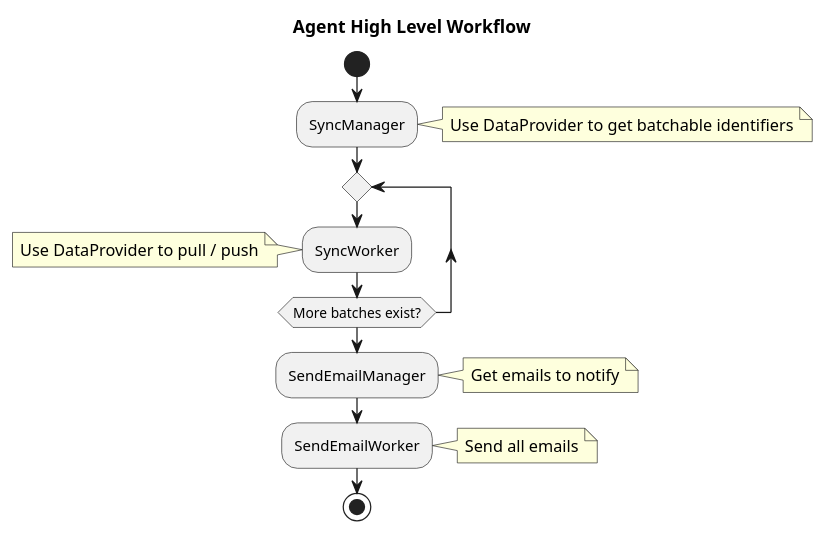
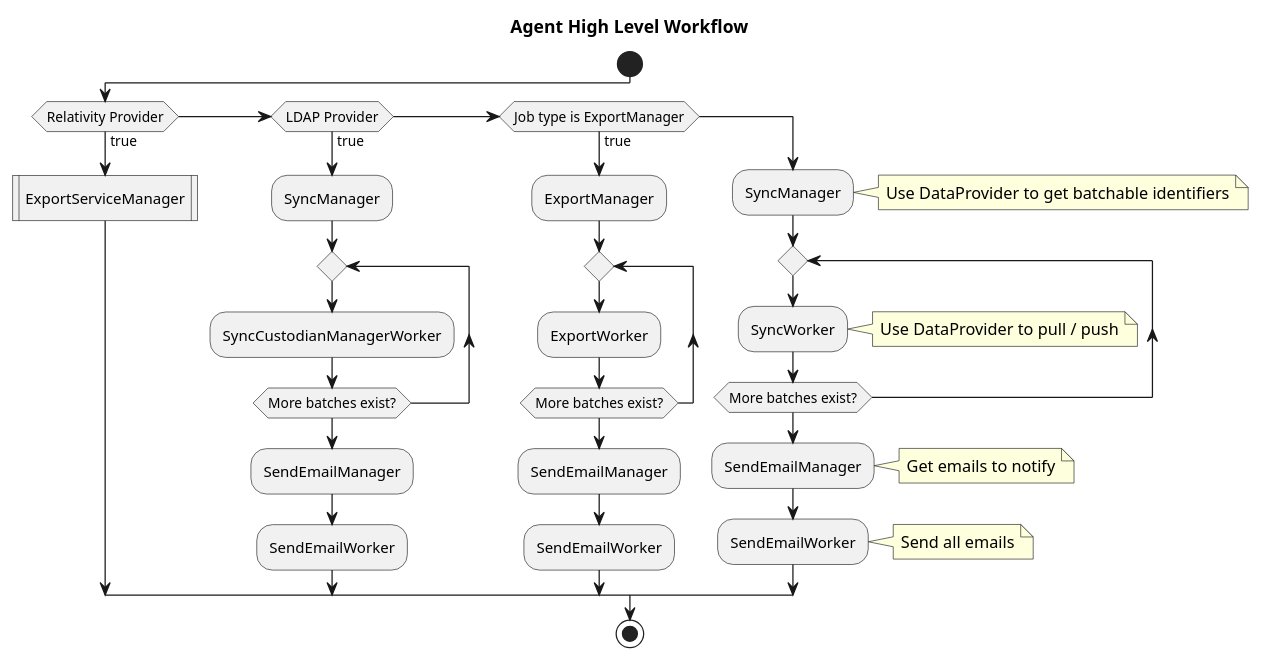
The diagram in documentation/AgentHighLevelWorkflow.pu (relativityone/server-integrationpoints-integrationpoints), drawn with PlantUML before and after one commit.

Commit message:
Updated the AgentHighLevelWorkflow diagram to include other providers.

```diff
--- a/documentation/AgentHighLevelWorkflow.pu
+++ b/documentation/AgentHighLevelWorkflow.pu
@@ -1,20 +1,38 @@
 @startuml
 
 title Agent High Level Workflow
 
 start
 
-:SyncManager;
-note right: Use DataProvider to get batchable identifiers
-repeat 
-    :SyncWorker;
-    note left: Use DataProvider to pull / push
-repeat while (More batches exist?)
-:SendEmailManager;
-note right: Get emails to notify
-:SendEmailWorker;
-note right: Send all emails
+if (Relativity Provider) then (true)
+	:ExportServiceManager|
+else if (LDAP Provider) then (true)
+	:SyncManager;
+	repeat
+		:SyncCustodianManagerWorker;
+	repeat while (More batches exist?)
+	:SendEmailManager;
+	:SendEmailWorker;
+else if (Job type is ExportManager) then (true)
+	:ExportManager;
+     repeat 
+     	:ExportWorker;
+     repeat while (More batches exist?)
+     :SendEmailManager;
+     :SendEmailWorker;
+else
+	:SyncManager;
+	note right: Use DataProvider to get batchable identifiers
+	repeat 
+		:SyncWorker;
+		note right: Use DataProvider to pull / push
+	repeat while (More batches exist?)
+	:SendEmailManager;
+	note right: Get emails to notify
+	:SendEmailWorker;
+	note right: Send all emails
+	endif
 
 stop
 
 @enduml
```
